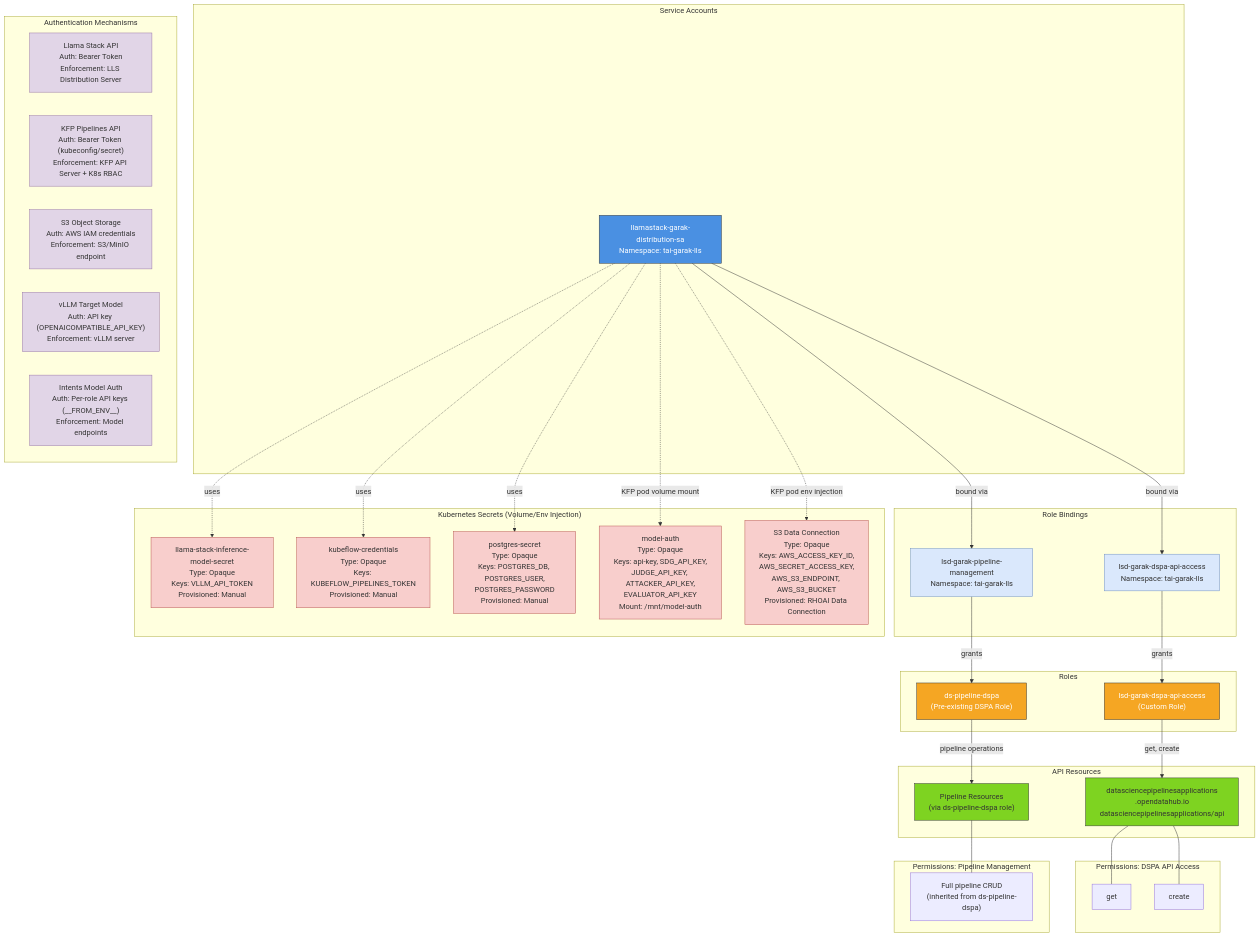
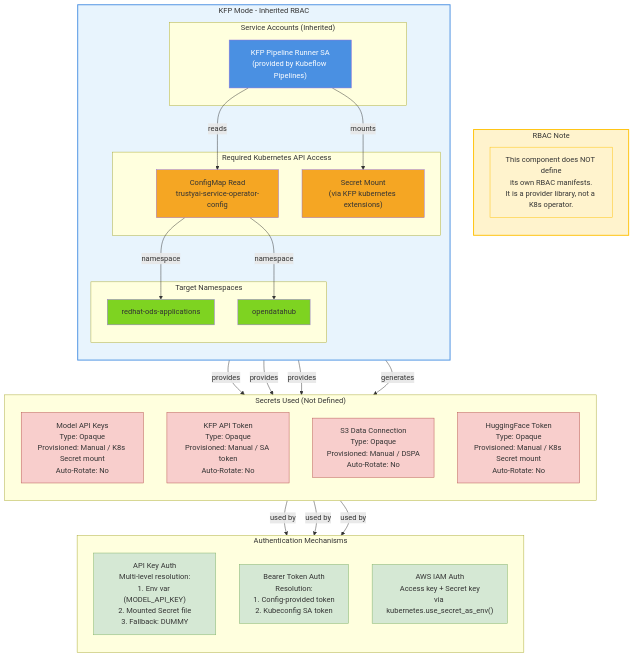
Before and after one commit to rhuss/architecture-context: the diagram in architecture/rhoai-3.4/diagrams/llama-stack-provider-trustyai-garak-rbac.mmd, drawn with Mermaid. The commit also changed 1834 other files, not shown here.

Commit message:
regenerate architecture for rhoai.next and rhoai-3.4 (#20)

```diff
--- a/architecture/rhoai-3.4/diagrams/llama-stack-provider-trustyai-garak-rbac.mmd
+++ b/architecture/rhoai-3.4/diagrams/llama-stack-provider-trustyai-garak-rbac.mmd
@@ -1,84 +1,69 @@
 graph TD
-    subgraph ServiceAccounts["Service Accounts"]
-        SA["llamastack-garak-distribution-sa<br/>Namespace: tai-garak-lls"]
+    subgraph Note["RBAC Note"]
+        direction TB
+        Info["This component does NOT define<br/>its own RBAC manifests.<br/>It is a provider library, not a K8s operator."]
     end
 
-    subgraph RoleBindings["Role Bindings"]
-        RB1["lsd-garak-dspa-api-access<br/>Namespace: tai-garak-lls"]
-        RB2["lsd-garak-pipeline-management<br/>Namespace: tai-garak-lls"]
+    subgraph KFPMode["KFP Mode - Inherited RBAC"]
+        direction TB
+
+        subgraph ServiceAccounts["Service Accounts (Inherited)"]
+            KFPSA["KFP Pipeline Runner SA<br/>(provided by Kubeflow Pipelines)"]
+        end
+
+        subgraph RequiredAccess["Required Kubernetes API Access"]
+            ConfigMapRead["ConfigMap Read<br/>trustyai-service-operator-config"]
+            SecretMount["Secret Mount<br/>(via KFP kubernetes extensions)"]
+        end
+
+        subgraph Namespaces["Target Namespaces"]
+            NS1["redhat-ods-applications"]
+            NS2["opendatahub"]
+        end
+
+        KFPSA -->|"reads"| ConfigMapRead
+        KFPSA -->|"mounts"| SecretMount
+        ConfigMapRead -->|"namespace"| NS1
+        ConfigMapRead -->|"namespace"| NS2
     end
 
-    subgraph Roles["Roles"]
-        R1["lsd-garak-dspa-api-access<br/>(Custom Role)"]
-        R2["ds-pipeline-dspa<br/>(Pre-existing DSPA Role)"]
+    subgraph Secrets["Secrets Used (Not Defined)"]
+        direction TB
+        ModelKeys["Model API Keys<br/>Type: Opaque<br/>Provisioned: Manual / K8s Secret mount<br/>Auto-Rotate: No"]
+        KFPToken["KFP API Token<br/>Type: Opaque<br/>Provisioned: Manual / SA token<br/>Auto-Rotate: No"]
+        S3Creds["S3 Data Connection<br/>Type: Opaque<br/>Provisioned: Manual / DSPA<br/>Auto-Rotate: No"]
+        HFToken["HuggingFace Token<br/>Type: Opaque<br/>Provisioned: Manual / K8s Secret mount<br/>Auto-Rotate: No"]
     end
 
-    subgraph APIResources["API Resources"]
-        DSPA_API["datasciencepipelinesapplications<br/>.opendatahub.io<br/>datasciencepipelinesapplications/api"]
-        PipelineRes["Pipeline Resources<br/>(via ds-pipeline-dspa role)"]
+    subgraph AuthMechanisms["Authentication Mechanisms"]
+        direction TB
+        APIKeyAuth["API Key Auth<br/>Multi-level resolution:<br/>1. Env var (MODEL_API_KEY)<br/>2. Mounted Secret file<br/>3. Fallback: DUMMY"]
+        BearerAuth["Bearer Token Auth<br/>Resolution:<br/>1. Config-provided token<br/>2. Kubeconfig SA token"]
+        AWSAuth["AWS IAM Auth<br/>Access key + Secret key<br/>via kubernetes.use_secret_as_env()"]
     end
 
-    subgraph Verbs_R1["Permissions: DSPA API Access"]
-        V1_Get["get"]
-        V1_Create["create"]
-    end
+    SecretMount -->|"provides"| ModelKeys
+    SecretMount -->|"provides"| S3Creds
+    SecretMount -->|"provides"| HFToken
+    KFPSA -->|"generates"| KFPToken
 
-    subgraph Verbs_R2["Permissions: Pipeline Management"]
-        V2["Full pipeline CRUD<br/>(inherited from ds-pipeline-dspa)"]
-    end
-
-    %% Bindings
-    SA -->|"bound via"| RB1
-    SA -->|"bound via"| RB2
-    RB1 -->|"grants"| R1
-    RB2 -->|"grants"| R2
-
-    %% Role → Resources
-    R1 -->|"get, create"| DSPA_API
-    R2 -->|"pipeline operations"| PipelineRes
-
-    %% Permissions detail
-    DSPA_API --- V1_Get
-    DSPA_API --- V1_Create
-    PipelineRes --- V2
-
-    subgraph Secrets["Kubernetes Secrets (Volume/Env Injection)"]
-        S1["llama-stack-inference-model-secret<br/>Type: Opaque<br/>Keys: VLLM_API_TOKEN<br/>Provisioned: Manual"]
-        S2["kubeflow-credentials<br/>Type: Opaque<br/>Keys: KUBEFLOW_PIPELINES_TOKEN<br/>Provisioned: Manual"]
-        S3["postgres-secret<br/>Type: Opaque<br/>Keys: POSTGRES_DB, POSTGRES_USER,<br/>POSTGRES_PASSWORD<br/>Provisioned: Manual"]
-        S4["model-auth<br/>Type: Opaque<br/>Keys: api-key, SDG_API_KEY,<br/>JUDGE_API_KEY, ATTACKER_API_KEY,<br/>EVALUATOR_API_KEY<br/>Mount: /mnt/model-auth"]
-        S5["S3 Data Connection<br/>Type: Opaque<br/>Keys: AWS_ACCESS_KEY_ID,<br/>AWS_SECRET_ACCESS_KEY,<br/>AWS_S3_ENDPOINT, AWS_S3_BUCKET<br/>Provisioned: RHOAI Data Connection"]
-    end
-
-    SA -.->|"uses"| S1
-    SA -.->|"uses"| S2
-    SA -.->|"uses"| S3
-    SA -.->|"KFP pod volume mount"| S4
-    SA -.->|"KFP pod env injection"| S5
-
-    subgraph AuthMechanisms["Authentication Mechanisms"]
-        A1["Llama Stack API<br/>Auth: Bearer Token<br/>Enforcement: LLS Distribution Server"]
-        A2["KFP Pipelines API<br/>Auth: Bearer Token (kubeconfig/secret)<br/>Enforcement: KFP API Server + K8s RBAC"]
-        A3["S3 Object Storage<br/>Auth: AWS IAM credentials<br/>Enforcement: S3/MinIO endpoint"]
-        A4["vLLM Target Model<br/>Auth: API key (OPENAICOMPATIBLE_API_KEY)<br/>Enforcement: vLLM server"]
-        A5["Intents Model Auth<br/>Auth: Per-role API keys (__FROM_ENV__)<br/>Enforcement: Model endpoints"]
-    end
+    ModelKeys -->|"used by"| APIKeyAuth
+    KFPToken -->|"used by"| BearerAuth
+    S3Creds -->|"used by"| AWSAuth
 
     %% Styling
-    style SA fill:#4a90e2,stroke:#333,color:#fff
-    style RB1 fill:#dae8fc,stroke:#6c8ebf
-    style RB2 fill:#dae8fc,stroke:#6c8ebf
-    style R1 fill:#f5a623,stroke:#333,color:#fff
-    style R2 fill:#f5a623,stroke:#333,color:#fff
-    style DSPA_API fill:#7ed321,stroke:#333
-    style PipelineRes fill:#7ed321,stroke:#333
-    style S1 fill:#f8cecc,stroke:#b85450
-    style S2 fill:#f8cecc,stroke:#b85450
-    style S3 fill:#f8cecc,stroke:#b85450
-    style S4 fill:#f8cecc,stroke:#b85450
-    style S5 fill:#f8cecc,stroke:#b85450
-    style A1 fill:#e1d5e7,stroke:#9673a6
-    style A2 fill:#e1d5e7,stroke:#9673a6
-    style A3 fill:#e1d5e7,stroke:#9673a6
-    style A4 fill:#e1d5e7,stroke:#9673a6
-    style A5 fill:#e1d5e7,stroke:#9673a6
+    style Note fill:#fff3cd,stroke:#ffc107,stroke-width:2px
+    style Info fill:#fff3cd,stroke:#ffc107
+    style KFPMode fill:#e8f4fd,stroke:#4a90e2,stroke-width:2px
+    style KFPSA fill:#4a90e2,color:#fff
+    style ConfigMapRead fill:#f5a623
+    style SecretMount fill:#f5a623
+    style NS1 fill:#7ed321
+    style NS2 fill:#7ed321
+    style ModelKeys fill:#f8cecc,stroke:#b85450
+    style KFPToken fill:#f8cecc,stroke:#b85450
+    style S3Creds fill:#f8cecc,stroke:#b85450
+    style HFToken fill:#f8cecc,stroke:#b85450
+    style APIKeyAuth fill:#d5e8d4,stroke:#82b366
+    style BearerAuth fill:#d5e8d4,stroke:#82b366
+    style AWSAuth fill:#d5e8d4,stroke:#82b366
```
